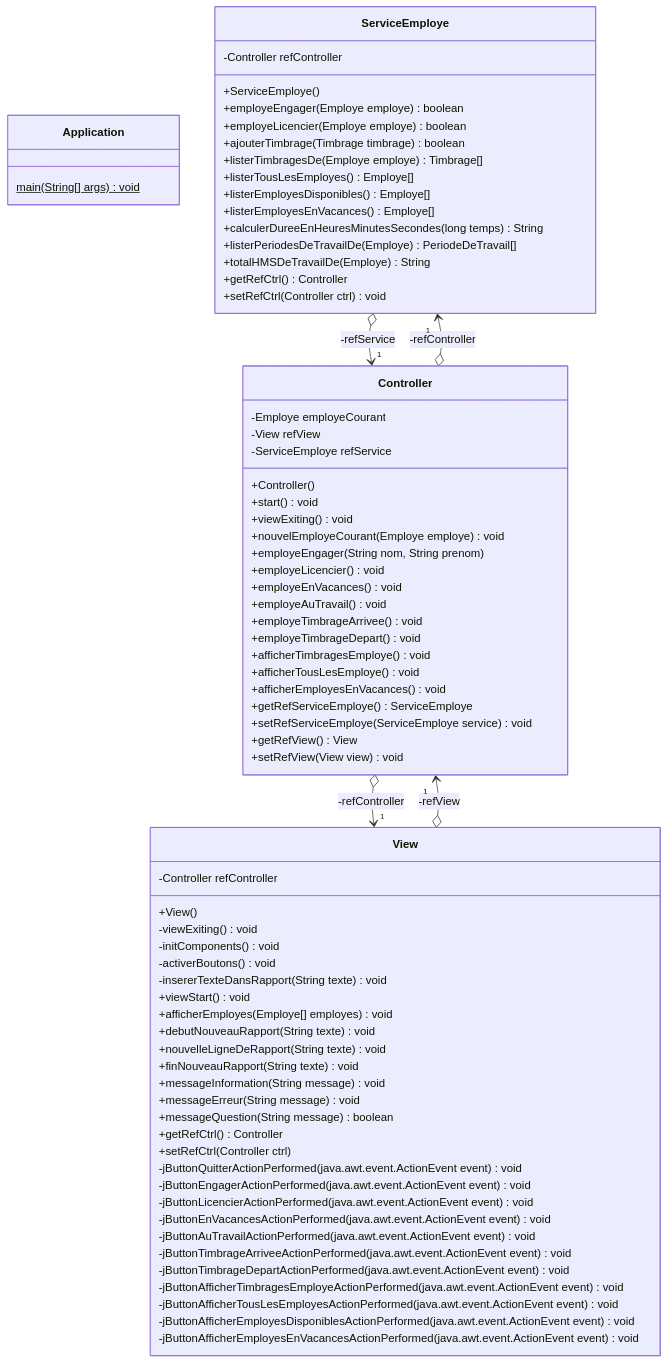
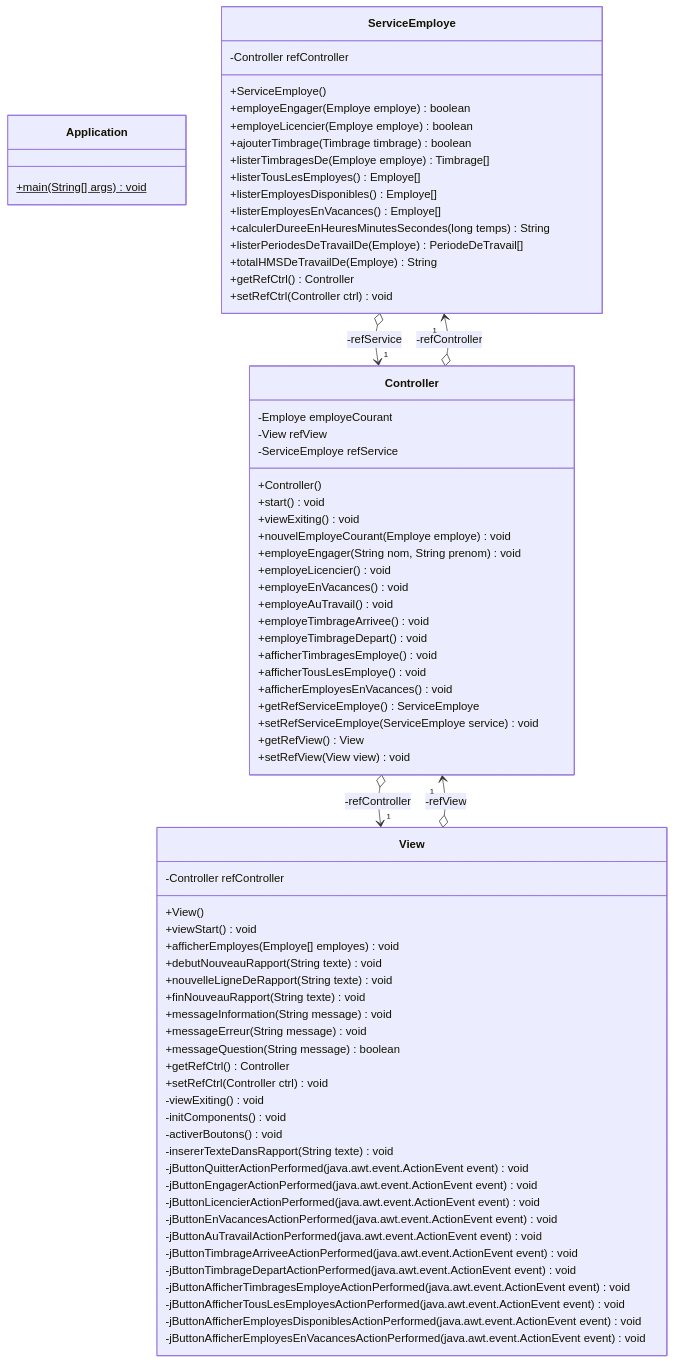
The first of 4 diagrams in README.md (emf-info-d400/Ex12-GestionEmployes), drawn with Mermaid before and after one commit. The commit also changed other lines of this file, not shown here.

Commit message:
correction diagrammes UML

````diff
--- a/README.md
+++ b/README.md
@@ -91,82 +94,82 @@
 ```mermaid 
 classDiagram
 
 class Application {
-    main(String[] args) void$    
+    +main(String[] args) void$    
 }
 
 class ServiceEmploye {
     -Controller refController
     +ServiceEmploye()
     +employeEngager(Employe employe) boolean
     +employeLicencier(Employe employe) boolean
     +ajouterTimbrage(Timbrage timbrage) boolean
     +listerTimbragesDe(Employe employe) Timbrage[]
     +listerTousLesEmployes() Employe[]
     +listerEmployesDisponibles() Employe[]
     +listerEmployesEnVacances() Employe[]
     +calculerDureeEnHeuresMinutesSecondes(long temps) String
     +listerPeriodesDeTravailDe(Employe) PeriodeDeTravail[]
     +totalHMSDeTravailDe(Employe) String
     +getRefCtrl() Controller
     +setRefCtrl(Controller ctrl) void
 }
 
 class Controller {
     -Employe employeCourant
     -View refView
     -ServiceEmploye refService
     +Controller()
     +start() void
     +viewExiting() void
     +nouvelEmployeCourant(Employe employe) void
-    +employeEngager(String nom, String prenom)
+    +employeEngager(String nom, String prenom) void
     +employeLicencier() void
     +employeEnVacances() void
     +employeAuTravail() void
     +employeTimbrageArrivee() void
     +employeTimbrageDepart() void
     +afficherTimbragesEmploye() void
     +afficherTousLesEmploye() void
     +afficherEmployesEnVacances() void
     +getRefServiceEmploye() ServiceEmploye
     +setRefServiceEmploye(ServiceEmploye service) void
     +getRefView() View
     +setRefView(View view) void
 }
 
 class View {
     -Controller refController
     +View()
-    -viewExiting() void
-    -initComponents() void
-    -activerBoutons() void
-    -insererTexteDansRapport(String texte) void
     +viewStart() void
     +afficherEmployes(Employe[] employes) void
     +debutNouveauRapport(String texte) void
     +nouvelleLigneDeRapport(String texte) void
     +finNouveauRapport(String texte) void
     +messageInformation(String message) void
     +messageErreur(String message) void
     +messageQuestion(String message) boolean
     +getRefCtrl() Controller
-    +setRefCtrl(Controller ctrl)
+    +setRefCtrl(Controller ctrl) void
+    -viewExiting() void
+    -initComponents() void
+    -activerBoutons() void
+    -insererTexteDansRapport(String texte) void
     -jButtonQuitterActionPerformed(java.awt.event.ActionEvent event) void
     -jButtonEngagerActionPerformed(java.awt.event.ActionEvent event) void
     -jButtonLicencierActionPerformed(java.awt.event.ActionEvent event) void
     -jButtonEnVacancesActionPerformed(java.awt.event.ActionEvent event) void
     -jButtonAuTravailActionPerformed(java.awt.event.ActionEvent event) void
     -jButtonTimbrageArriveeActionPerformed(java.awt.event.ActionEvent event) void
     -jButtonTimbrageDepartActionPerformed(java.awt.event.ActionEvent event) void
     -jButtonAfficherTimbragesEmployeActionPerformed(java.awt.event.ActionEvent event) void
     -jButtonAfficherTousLesEmployesActionPerformed(java.awt.event.ActionEvent event) void
     -jButtonAfficherEmployesDisponiblesActionPerformed(java.awt.event.ActionEvent event) void
     -jButtonAfficherEmployesEnVacancesActionPerformed(java.awt.event.ActionEvent event) void
  }
 
 Controller o--> "1" ServiceEmploye : -refController
 ServiceEmploye o--> "1" Controller : -refService
 View o--> "1" Controller : -refView
 Controller o--> "1" View : -refController
 ```
````
